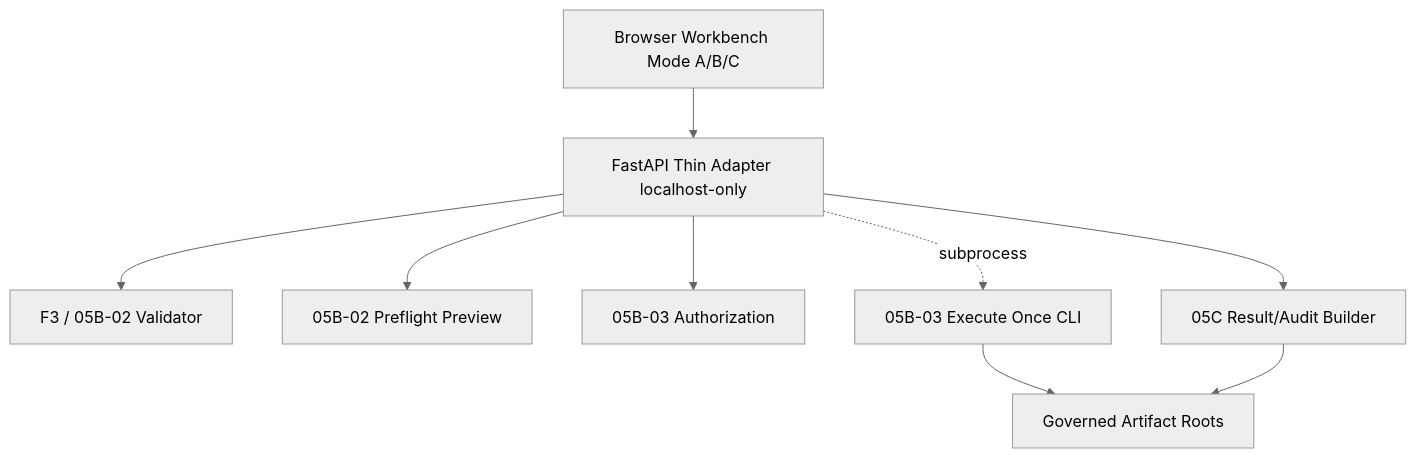
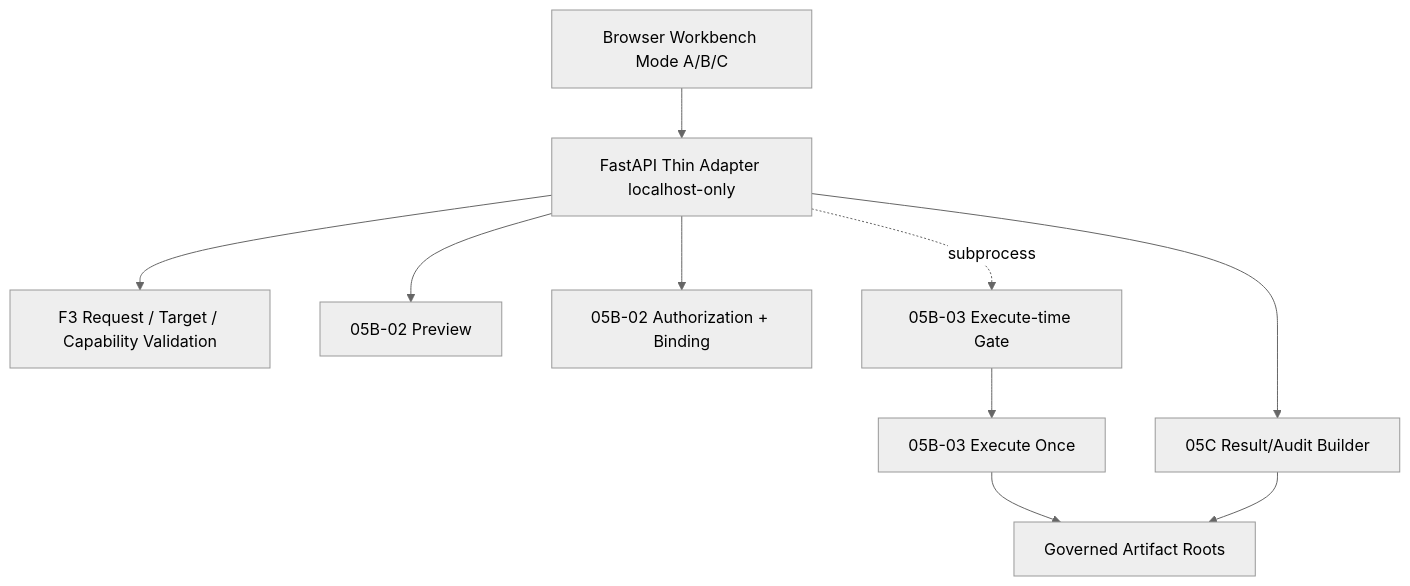
Before and after one commit to SmartyJohnway/tw-market-live-data-intelligence: the first of 2 diagrams in docs/reviews/M8R_06_00_UNIFIED_OPERATOR_WORKBENCH_PREFLIGHT.md, drawn with Mermaid (neutral theme). The commit also changed other lines of this file and 1 other file, not shown here.

Commit message:
docs(review): align Workbench API and state contracts with canonical authorization lifecycle

````diff
--- a/docs/reviews/M8R_06_00_UNIFIED_OPERATOR_WORKBENCH_PREFLIGHT.md
+++ b/docs/reviews/M8R_06_00_UNIFIED_OPERATOR_WORKBENCH_PREFLIGHT.md
@@ -58,20 +58,22 @@
 ```mermaid
 graph TD
     UI[Browser Workbench Mode A/B/C]
     API[FastAPI Thin Adapter localhost-only]
-    Val[F3 / 05B-02 Validator]
-    Prev[05B-02 Preflight Preview]
-    Auth[05B-03 Authorization]
-    Exec[05B-03 Execute Once CLI]
+    F3[F3 Request / Target / Capability Validation]
+    Prev[05B-02 Preview]
+    Auth[05B-02 Authorization + Binding]
+    Gate[05B-03 Execute-time Gate]
+    Exec[05B-03 Execute Once]
     Res[05C Result/Audit Builder]
     FS[Governed Artifact Roots]
 
     UI --> API
-    API --> Val
+    API --> F3
     API --> Prev
     API --> Auth
-    API -.subprocess.-> Exec
+    API -.subprocess.-> Gate
+    Gate --> Exec
     Exec --> FS
     API --> Res
     Res --> FS
 ```
````
